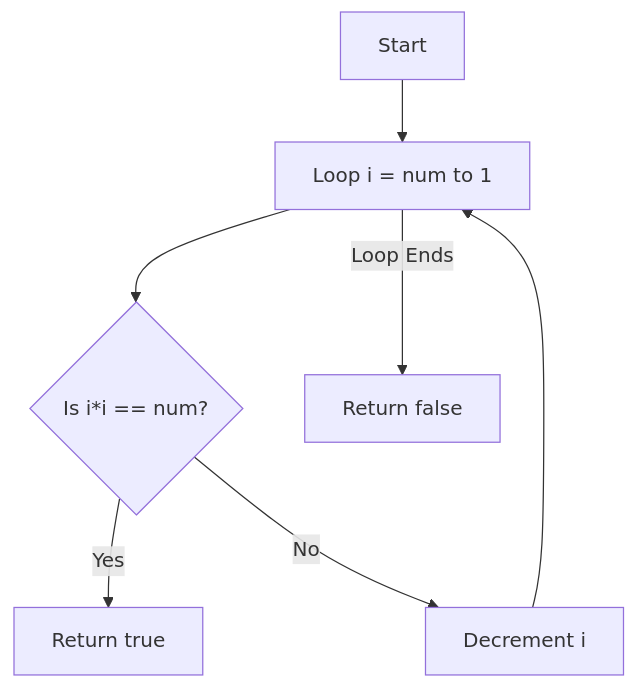
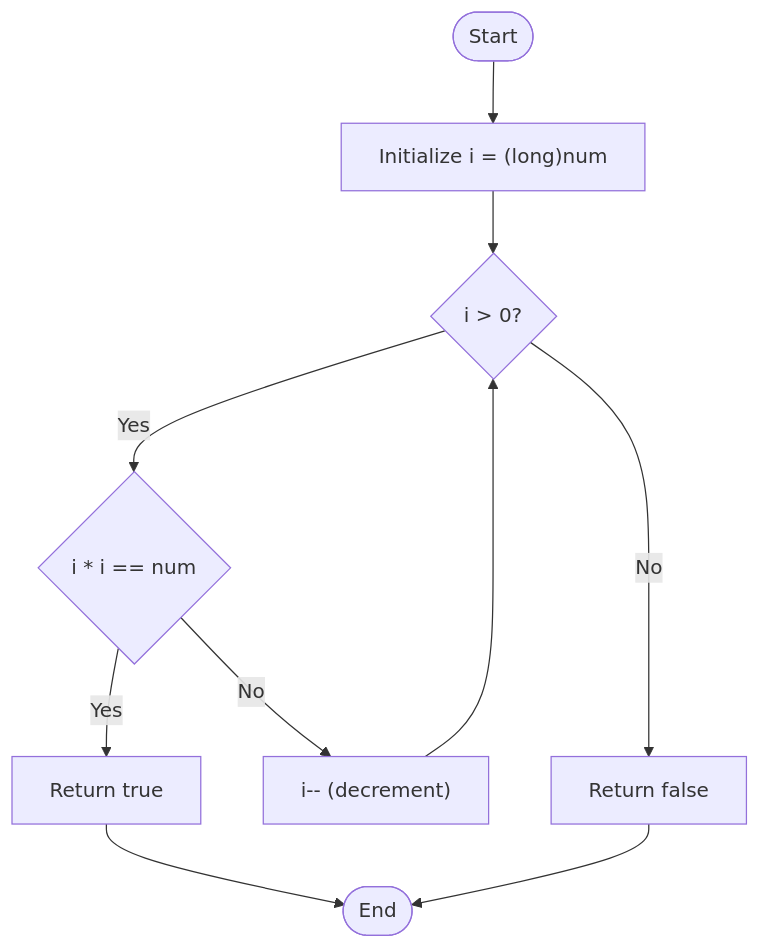
Before and after one commit to GH-Shivam007/50DaysOfCode: the second of 2 diagrams in approachDay5.md, drawn with Mermaid.

````diff
--- a/approachDay5.md
+++ b/approachDay5.md
@@ -127,9 +127,12 @@
 ```mermaid
 flowchart TD
-    A[Start] --> B[Loop i = num to 1]
-    B --> C{Is i*i == num?}
-    C -->|Yes| D[Return true]
-    C -->|No| E[Decrement i]
-    E --> B
-    B -->|Loop Ends| F[Return false]
+    A([Start]) --> B["Initialize i = (long)num"]
+    B --> C{"i > 0?"}
+    C -- Yes --> D{"i * i == num"}
+    D -- Yes --> E["Return true"]
+    D -- No --> F["i-- (decrement)"]
+    F --> C
+    C -- No --> G["Return false"]
+    E --> H([End])
+    G --> H
 ```
````
